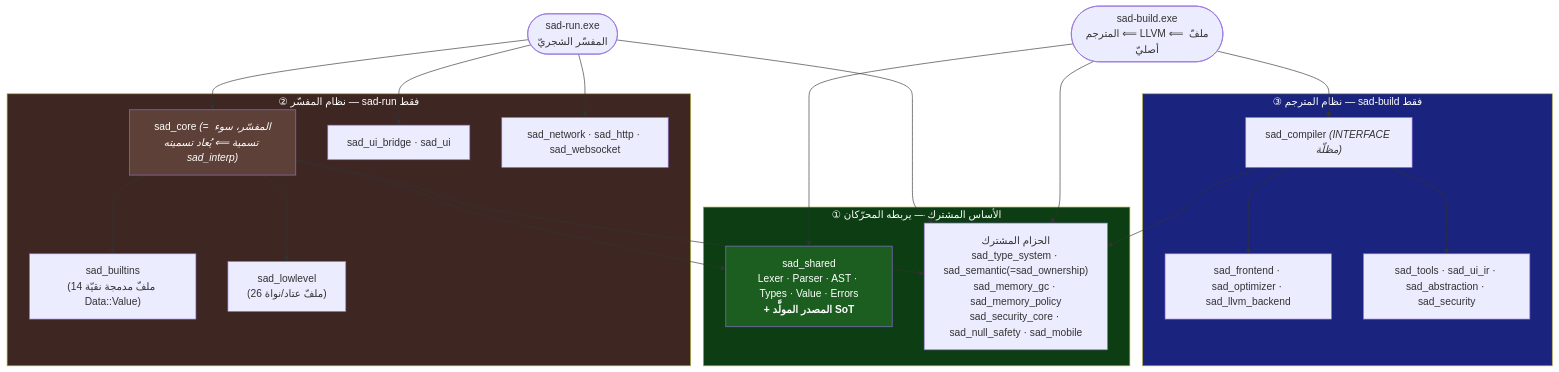
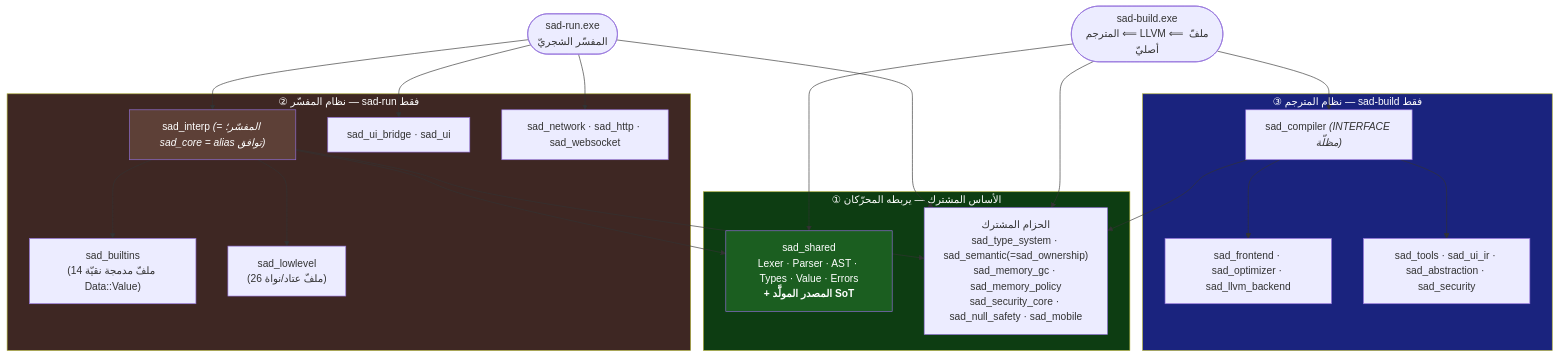
The diagram in docs/architecture/cmake-target-boundaries.md (sadlang/sadlang), drawn with Mermaid before and after one commit. The commit also changed other lines of this file and 5 other files, not shown here.

First line of the commit message:
تصليب الحدود (RFC sadlang-rfcs#10): رنيمة sad_core→sad_interp + حارس حدّ المفسّر (#100)

````diff
--- a/docs/architecture/cmake-target-boundaries.md
+++ b/docs/architecture/cmake-target-boundaries.md
@@ -20,36 +20,36 @@
 ```mermaid
 flowchart TB
     subgraph FOUND["① الأساس المشترك — يربطه المحرّكان"]
         SHARED["sad_shared<br/>Lexer · Parser · AST · Types · Value · Errors<br/><b>+ المصدر المولَّد SoT</b>"]
         BAND["الحزام المشترك<br/>sad_type_system · sad_semantic(=sad_ownership)<br/>sad_memory_gc · sad_memory_policy<br/>sad_security_core · sad_null_safety · sad_mobile"]
     end
 
     subgraph INTERP["② نظام المفسّر — sad-run فقط"]
-        CORE["sad_core <i>(= المفسّر، سوء تسمية ⟸ يُعاد تسميته sad_interp)</i>"]
+        CORE["sad_interp <i>(= المفسّر؛ sad_core = alias توافق)</i>"]
         BLT["sad_builtins<br/>(14 ملفّ مدمجة نقيّة Data::Value)"]
         LOW["sad_lowlevel<br/>(26 ملفّ عتاد/نواة)"]
         UIB["sad_ui_bridge · sad_ui"]
         NET["sad_network · sad_http · sad_websocket"]
     end
 
     subgraph COMPILE["③ نظام المترجم — sad-build فقط"]
         COMP["sad_compiler <i>(INTERFACE مظلّة)</i>"]
         FRONT["sad_frontend · sad_optimizer · sad_llvm_backend"]
         CTOOLS["sad_tools · sad_ui_ir · sad_abstraction · sad_security"]
     end
 
     RUN(["sad-run.exe<br/>المفسّر الشجريّ"])
     BUILD(["sad-build.exe<br/>المترجم ⟸ LLVM ⟸ ملفّ أصليّ"])
 
     CORE --> BLT & LOW
     CORE --> SHARED & BAND
     RUN --> CORE & UIB & NET & BAND
     COMP --> FRONT & CTOOLS & BAND
     BUILD --> SHARED & COMP & BAND
 
     style SHARED fill:#1b5e20,color:#fff
     style CORE fill:#5d4037,color:#fff
     style FOUND fill:#0d3d12,color:#fff
     style INTERP fill:#3e2723,color:#fff
     style COMPILE fill:#1a237e,color:#fff
 ```
````
